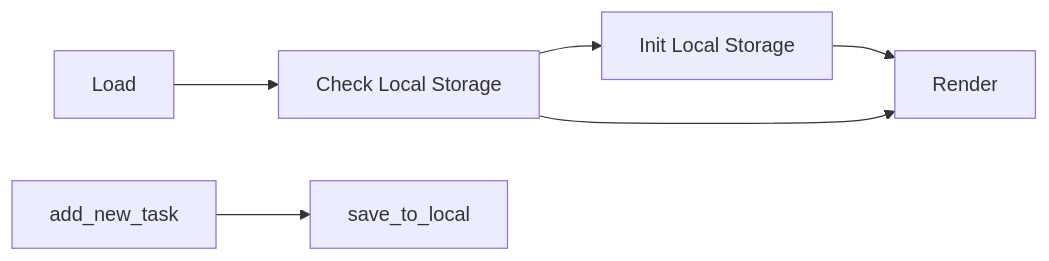
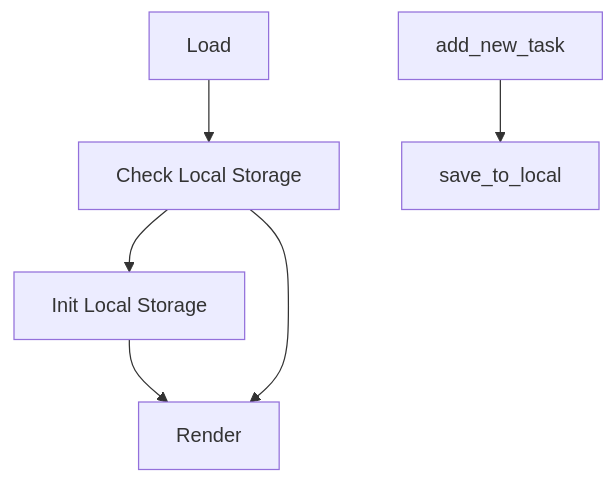
One commit to MattisZheng/sisyphus_stone changed the first of 4 diagrams in README.md. Above: the diagram before and after it, drawn with Mermaid. The commit also changed other lines of this file and 4 other files, not shown here.

````diff
--- a/README.md
+++ b/README.md
@@ -28,15 +28,15 @@
 ```mermaid
-flowchart LR
+flowchart TD
 
   load[Load]
   get[Check Local Storage]
   init[Init Local Storage]
   render[Render]
 
   load --> get --> init --> render
   get --> render
 
 
   add_new_task --> save_to_local
 
 ```
````
